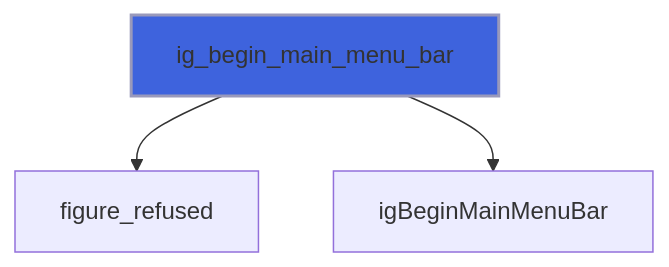
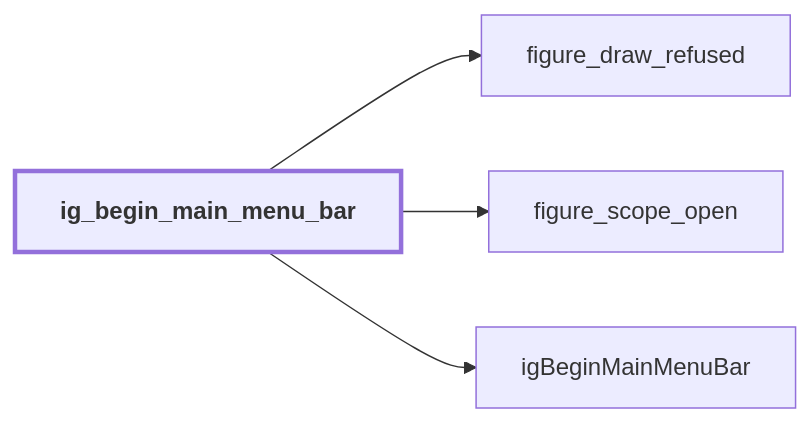
The ninth of 16 diagrams in docs/api/src/lib/figure_menu.md (szaghi/figure), drawn with Mermaid before and after one commit. The commit also changed other lines of this file and 54 other files, not shown here.

````diff
--- a/docs/api/src/lib/figure_menu.md
+++ b/docs/api/src/lib/figure_menu.md
@@ -189,6 +263,11 @@
 ```mermaid
-flowchart TD
-  ig_begin_main_menu_bar["ig_begin_main_menu_bar"] --> figure_refused["figure_refused"]
+flowchart LR
+  ig_begin_main_menu_bar["ig_begin_main_menu_bar"] --> figure_draw_refused["figure_draw_refused"]
+  ig_begin_main_menu_bar["ig_begin_main_menu_bar"] --> figure_scope_open["figure_scope_open"]
   ig_begin_main_menu_bar["ig_begin_main_menu_bar"] --> igBeginMainMenuBar["igBeginMainMenuBar"]
-  style ig_begin_main_menu_bar fill:#3e63dd,stroke:#99b,stroke-width:2px
+  classDef focus stroke-width:3px,font-weight:bold
+  class ig_begin_main_menu_bar focus
+  click figure_draw_refused href "figure_base.html#figure-draw-refused" "figure_draw_refused"
+  click igBeginMainMenuBar href "figure_cimgui.html#igbeginmainmenubar" "igBeginMainMenuBar"
+  click figure_scope_open href "figure_base.html#figure-scope-open" "figure_scope_open"
 ```
````
